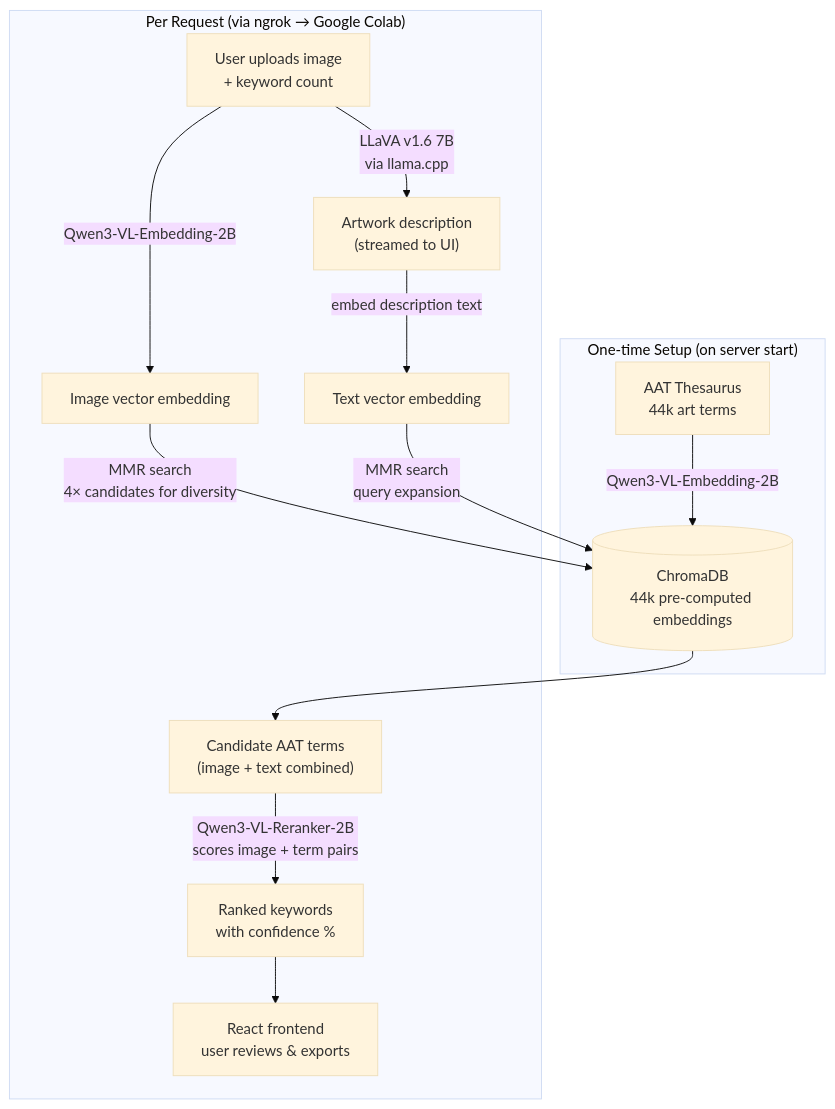
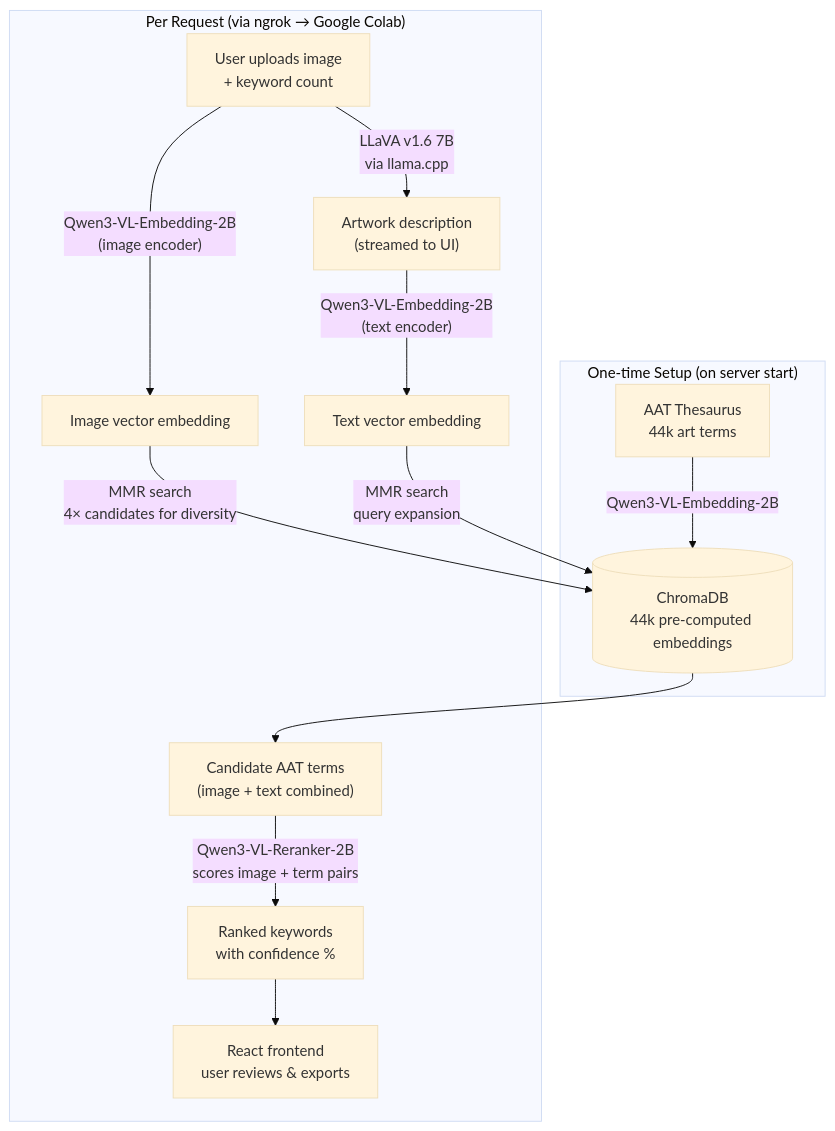
Before and after one commit to cs2535-oakhoury-2026spring/Mills-Museum: the first of 2 diagrams in README.md, drawn with Mermaid (base theme). The commit also changed other lines of this file and 5 other files, not shown here.

````diff
--- a/README.md
+++ b/README.md
@@ -86,17 +86,17 @@
 ```mermaid
 flowchart TD
     subgraph Setup["One-time Setup (on server start)"]
         A["AAT Thesaurus\n44k art terms"] -->|"Qwen3-VL-Embedding-2B"| B[("ChromaDB\n44k pre-computed embeddings")]
     end
 
     subgraph Request["Per Request (via ngrok → Google Colab)"]
-        C["User uploads image\n+ keyword count"] -->|"Qwen3-VL-Embedding-2B"| D["Image vector embedding"]
-        C -->|"LLaVA v1.6 7B\nvia llama.cpp"| H["Artwork description\n(streamed to UI)"]
-        H -->|"embed description text"| I["Text vector embedding"]
+        C["User uploads image\n+ keyword count"] -->|"LLaVA v1.6 7B\nvia llama.cpp"| H["Artwork description\n(streamed to UI)"]
+        C -->|"Qwen3-VL-Embedding-2B\n(image encoder)"| D["Image vector embedding"]
+        H -->|"Qwen3-VL-Embedding-2B\n(text encoder)"| I["Text vector embedding"]
         D -->|"MMR search\n4× candidates for diversity"| B
         I -->|"MMR search\nquery expansion"| B
         B --> E["Candidate AAT terms\n(image + text combined)"]
         E -->|"Qwen3-VL-Reranker-2B\nscores image + term pairs"| F["Ranked keywords\nwith confidence %"]
         F --> G["React frontend\nuser reviews & exports"]
     end
 ```
````
